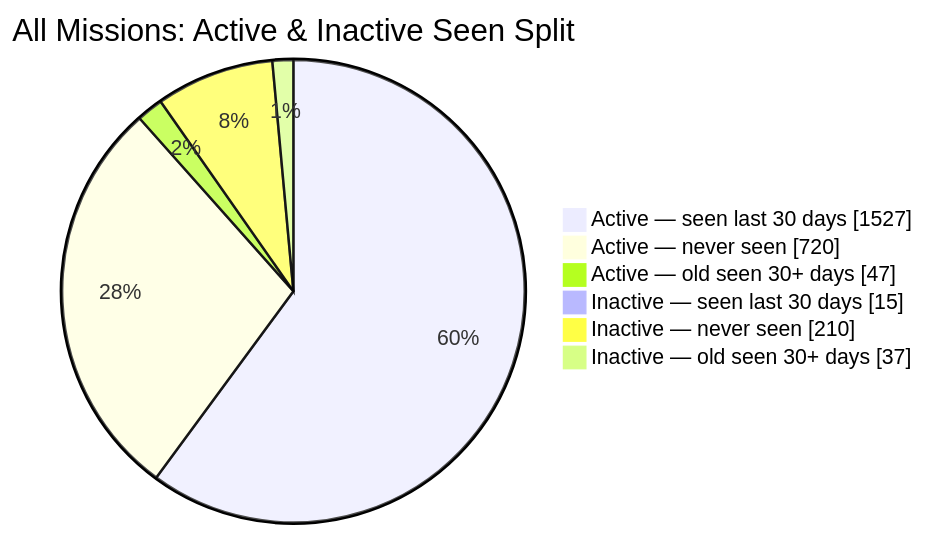
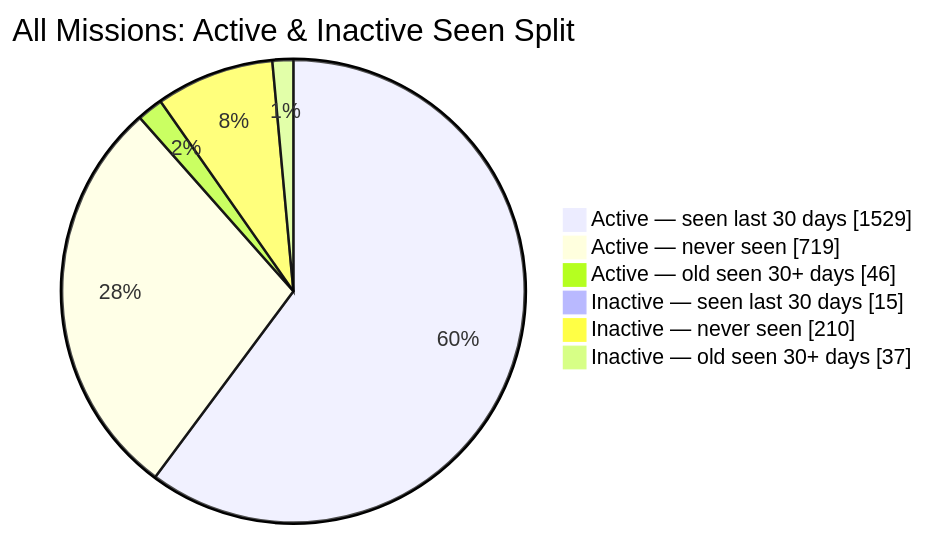
The second of 2 diagrams in README.md (MeldkamerspelGameTeam/active-missions), drawn with Mermaid before and after one commit. The commit also changed other lines of this file and 3 other files, not shown here.

````diff
--- a/README.md
+++ b/README.md
@@ -44,10 +44,10 @@
 ```mermaid
 pie showData
     title All Missions: Active & Inactive Seen Split
-    "Active — seen last 30 days" : 1527
-    "Active — never seen" : 720
-    "Active — old seen 30+ days" : 47
+    "Active — seen last 30 days" : 1529
+    "Active — never seen" : 719
+    "Active — old seen 30+ days" : 46
     "Inactive — seen last 30 days" : 15
     "Inactive — never seen" : 210
     "Inactive — old seen 30+ days" : 37
 ```
````
